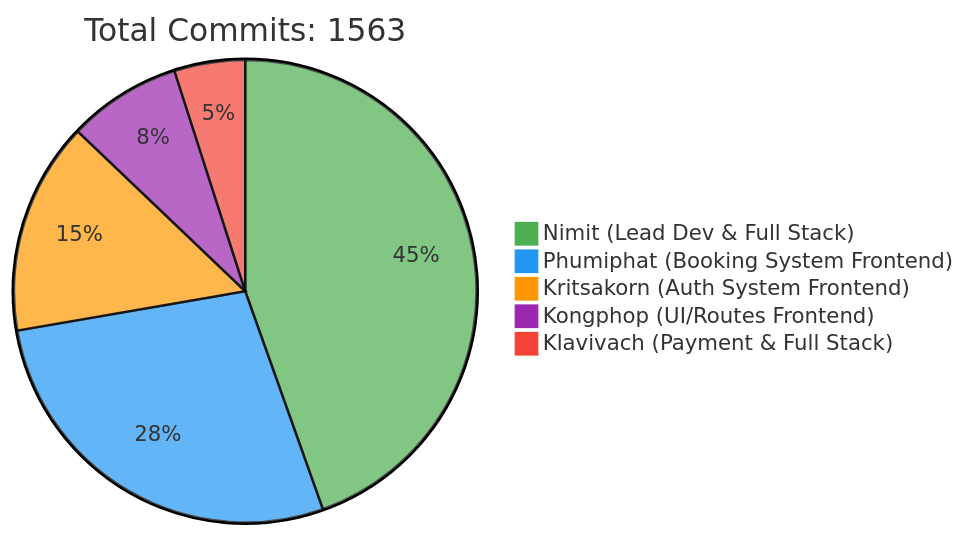
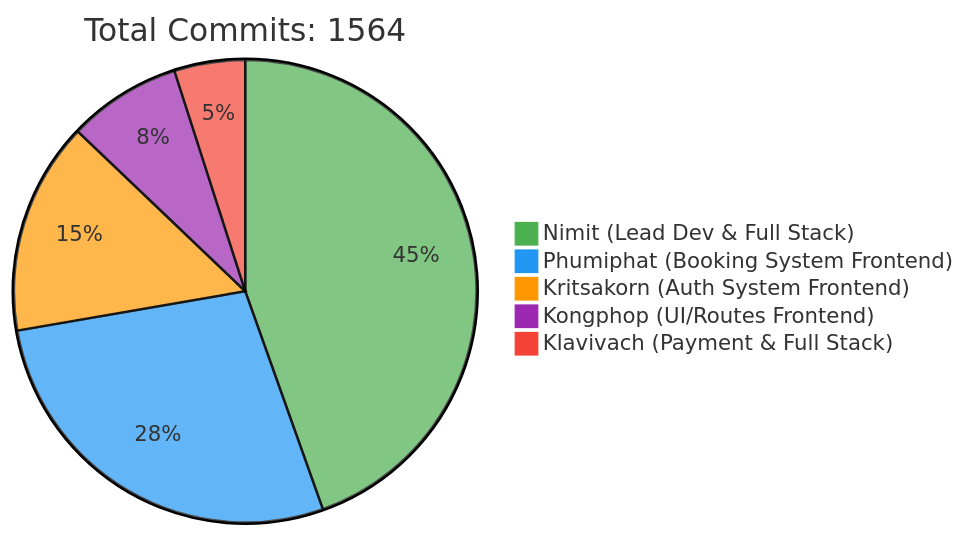
One commit to 6531503042/Sport-Complex changed the first of 2 diagrams in README.md. Above: the diagram before and after it, drawn with Mermaid. The commit also changed other lines of this file, not shown here.

Commit message:
docs: Update contributor statistics [skip ci]

````diff
--- a/README.md
+++ b/README.md
@@ -257,10 +257,10 @@
 ```mermaid
 %%{init: {'theme': 'base', 'themeVariables': { 'pie1': '#4CAF50', 'pie2': '#2196F3', 'pie3': '#FF9800', 'pie4': '#9C27B0', 'pie5': '#F44336'}}}%%
 pie
-    title Total Commits: 1563
+    title Total Commits: 1564
     "Nimit (Lead Dev & Full Stack)" : 450
     "Phumiphat (Booking System Frontend)" : 280
     "Kritsakorn (Auth System Frontend)" : 150
     "Kongphop (UI/Routes Frontend)" : 80
     "Klavivach (Payment & Full Stack)" : 50
 ```
````
